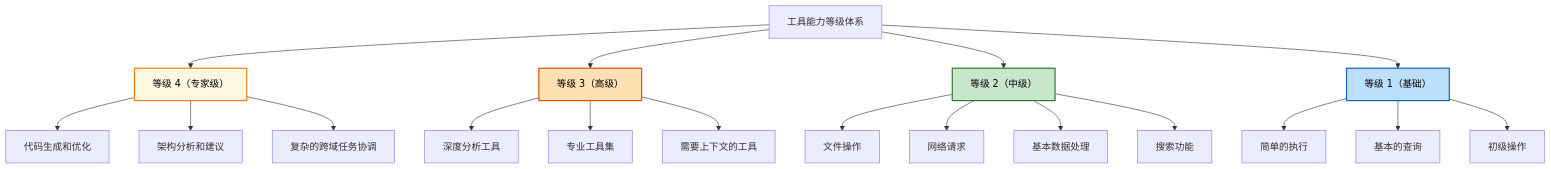
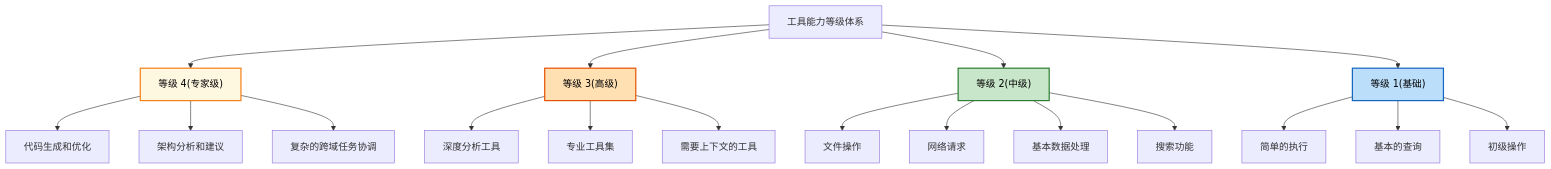
The diagram in 05_tool_layer/5.3_type_system.md (yeasy/harness_engineering_guide), drawn with Mermaid before and after one commit. The commit also changed other lines of this file and 58 other files, not shown here.

````diff
--- a/05_tool_layer/5.3_type_system.md
+++ b/05_tool_layer/5.3_type_system.md
@@ -118,29 +118,29 @@
 ```mermaid
 graph TD
-    A["工具能力等级体系"] --> L4["等级 4（专家级）"]
-    A --> L3["等级 3（高级）"]
-    A --> L2["等级 2（中级）"]
-    A --> L1["等级 1（基础）"]
+    A["工具能力等级体系"] --> L4["等级 4(专家级)"]
+    A --> L3["等级 3(高级)"]
+    A --> L2["等级 2(中级)"]
+    A --> L1["等级 1(基础)"]
 
     L4 --> L4A["代码生成和优化"]
     L4 --> L4B["架构分析和建议"]
     L4 --> L4C["复杂的跨域任务协调"]
 
     L3 --> L3A["深度分析工具"]
     L3 --> L3B["专业工具集"]
     L3 --> L3C["需要上下文的工具"]
 
     L2 --> L2A["文件操作"]
     L2 --> L2B["网络请求"]
     L2 --> L2C["基本数据处理"]
     L2 --> L2D["搜索功能"]
 
     L1 --> L1A["简单的执行"]
     L1 --> L1B["基本的查询"]
     L1 --> L1C["初级操作"]
 
     style L4 fill:#fff8e1,stroke:#f57f17,stroke-width:2px,color:#000000
     style L3 fill:#ffe0b2,stroke:#e65100,stroke-width:2px,color:#000000
     style L2 fill:#c8e6c9,stroke:#2e7d32,stroke-width:2px,color:#000000
     style L1 fill:#bbdefb,stroke:#1565c0,stroke-width:2px,color:#000000
 ```
````
